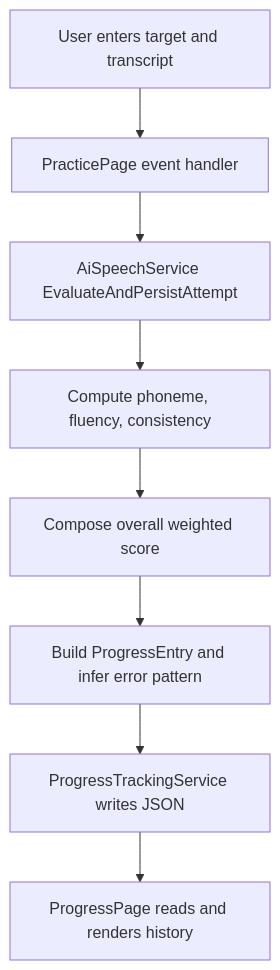
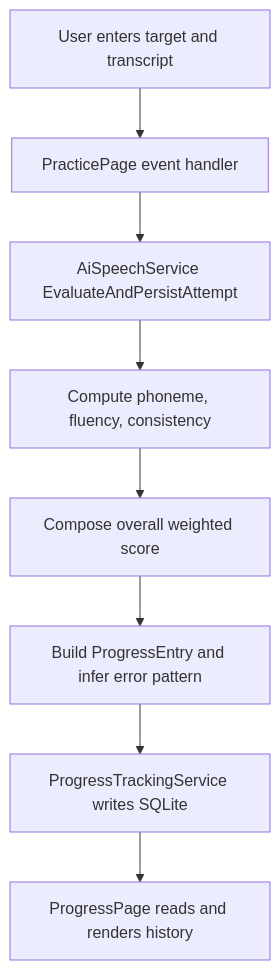
The first of 5 diagrams in README.md (hkevin01/SpeechBuddyAI), drawn with Mermaid before and after one commit. The commit also changed other lines of this file and 7 other files, not shown here.

````diff
--- a/README.md
+++ b/README.md
@@ -105,10 +105,10 @@
 ```mermaid
 flowchart TD
     A[User enters target and transcript] --> B[PracticePage event handler]
     B --> C[AiSpeechService EvaluateAndPersistAttempt]
     C --> D[Compute phoneme, fluency, consistency]
     D --> E[Compose overall weighted score]
     E --> F[Build ProgressEntry and infer error pattern]
-    F --> G[ProgressTrackingService writes JSON]
+    F --> G[ProgressTrackingService writes SQLite]
     G --> H[ProgressPage reads and renders history]
 ```
````
